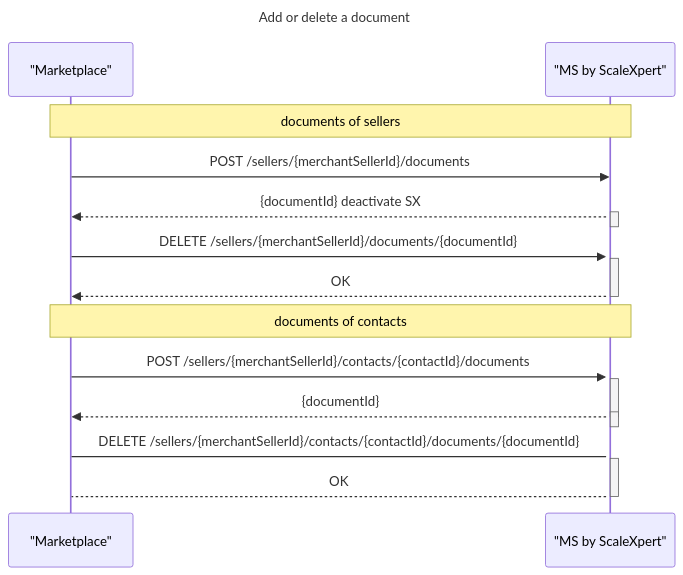
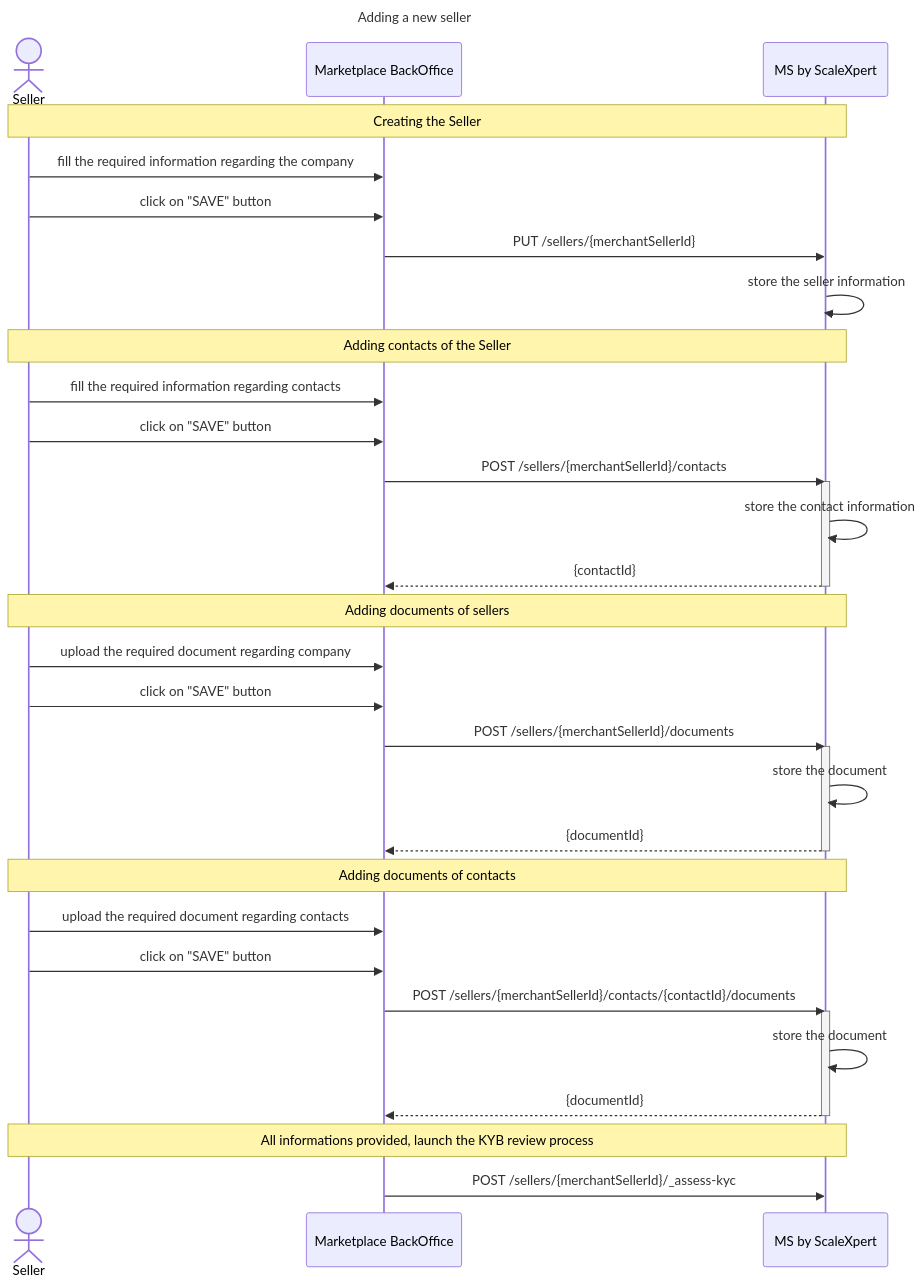
Before and after one commit to scalexpert/documentation: the first of 4 diagrams in solutions-reference/marketplaces-journeys.md, drawn with Mermaid. The commit also changed other lines of this file and 13 other files, not shown here.

````diff
--- a/solutions-reference/marketplaces-journeys.md
+++ b/solutions-reference/marketplaces-journeys.md
@@ -154,30 +78,44 @@
-```mermaid
+```mermaid fullWidth="true"
 sequenceDiagram
-title Add or delete a document
-participant M as "Marketplace" 
-participant SX as "MS by ScaleXpert"
-note over M, SX: documents of sellers
+    title Adding a new seller
+    actor A1 as Seller
+    participant M as Marketplace BackOffice
+    participant SX as MS by ScaleXpert
 
-M->>SX:POST /sellers/{merchantSellerId}/documents 
-activate SX
-SX-->>M:{documentId} deactivate SX 
-activate SX 
-deactivate SX
-M->>SX:DELETE /sellers/{merchantSellerId}/documents/{documentId} 
-activate SX
-SX-->>M:OK
-deactivate SX
+note over A1, SX: Creating the Seller
 
-note over M,SX: documents of contacts
+    A1 ->> M: fill the required information regarding the company
+    A1 ->> M: click on "SAVE" button
+    M ->> SX: PUT /sellers/{merchantSellerId}
+    SX ->> SX: store the seller information
 
-M->>SX:POST /sellers/{merchantSellerId}/contacts/{contactId}/documents 
-activate SX
-SX-->>M:{documentId} 
-deactivate SX 
-activate SX 
-deactivate SX
-M->SX:DELETE /sellers/{merchantSellerId}/contacts/{contactId}/documents/{documentId} 
-activate SX
-SX-->M:OK
-deactivate SX
+note over A1, SX: Adding contacts of the Seller
+    A1 ->> M: fill the required information regarding contacts
+    A1 ->> M: click on "SAVE" button
+    M ->> SX: POST /sellers/{merchantSellerId}/contacts 
+    activate SX
+    SX ->> SX: store the contact information
+    SX -->> M: {contactId} 
+    deactivate SX
+
+note over A1, SX: Adding documents of sellers
+    A1 ->> M: upload the required document regarding company
+    A1 ->> M: click on "SAVE" button
+    M ->> SX: POST /sellers/{merchantSellerId}/documents 
+    activate SX
+    SX ->> SX: store the document
+    SX -->> M: {documentId} 
+    deactivate SX 
+
+note over A1, SX: Adding documents of contacts
+    A1 ->> M: upload the required document regarding contacts
+    A1 ->> M: click on "SAVE" button
+    M ->> SX: POST /sellers/{merchantSellerId}/contacts/{contactId}/documents 
+    activate SX
+    SX ->> SX: store the document
+    SX -->> M: {documentId} 
+    deactivate SX
+note over A1, SX: All informations provided, launch the KYB review process
+    M ->> SX: POST /sellers/{merchantSellerId}/_assess-kyc
+
 ```
````
